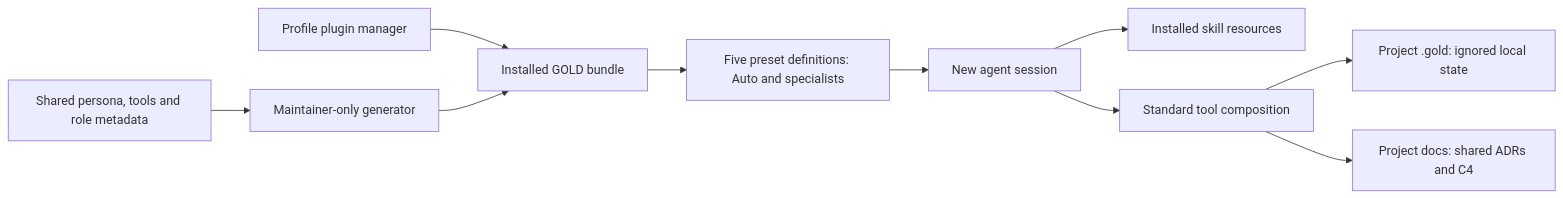
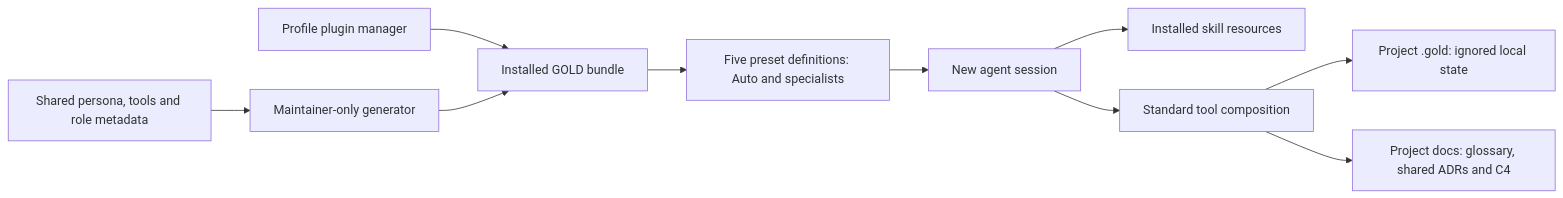
The second of 3 diagrams in docs/architecture/c4.md (bigunmd/gold), drawn with Mermaid before and after one commit. The commit also changed other lines of this file and 30 other files, not shown here.

````diff
--- a/docs/architecture/c4.md
+++ b/docs/architecture/c4.md
@@ -18,12 +18,12 @@
 ```mermaid
 flowchart LR
   PM[Profile plugin manager] --> B[Installed GOLD bundle]
   SRC[Shared persona, tools and role metadata] --> GEN[Maintainer-only generator]
   GEN --> B
   B --> P[Five preset definitions: Auto and specialists]
   P --> A[New agent session]
   A --> S[Installed skill resources]
   A --> T[Standard tool composition]
   T --> L[Project .gold: ignored local state]
-  T --> D[Project docs: shared ADRs and C4]
+  T --> D[Project docs: glossary, shared ADRs and C4]
 ```
````
